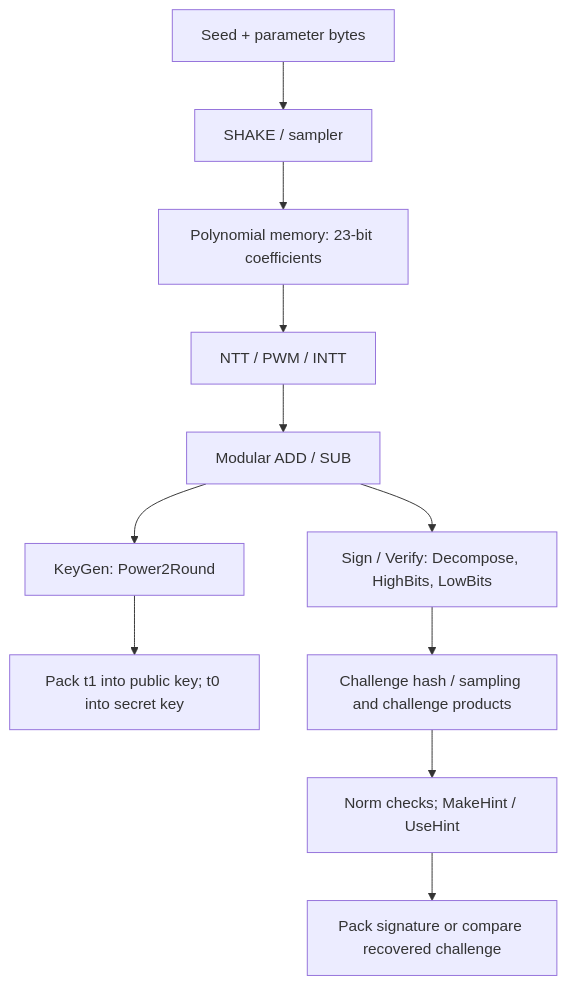
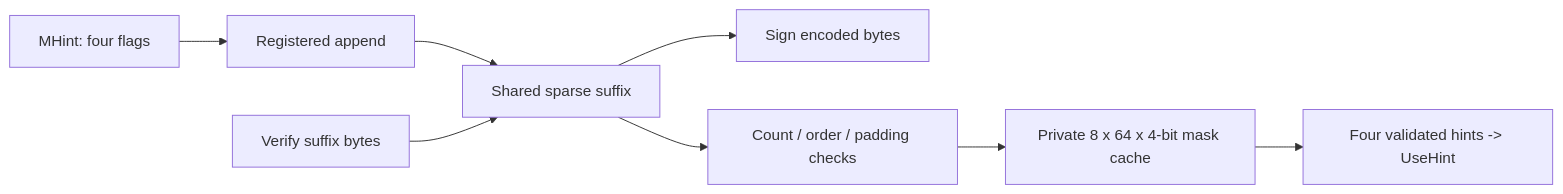
One commit to AbdulAhad36/dilithium-hp-hw changed the diagram in docs/dilithium_docs/PROCESS_BLOCKS.md. Above: the diagram before and after it, drawn with Mermaid. The commit also changed other lines of this file and 312 other files, not shown here.

````diff
--- a/docs/dilithium_docs/PROCESS_BLOCKS.md
+++ b/docs/dilithium_docs/PROCESS_BLOCKS.md
@@ -681,13 +67,10 @@
 ```mermaid
-flowchart TD
-  S["Seed + parameter bytes"] --> H["SHAKE / sampler"]
-  H --> M["Polynomial memory: 23-bit coefficients"]
-  M --> N["NTT / PWM / INTT"]
-  N --> A["Modular ADD / SUB"]
-  A --> P["KeyGen: Power2Round"]
-  P --> K["Pack t1 into public key; t0 into secret key"]
-  A --> D["Sign / Verify: Decompose, HighBits, LowBits"]
-  D --> C["Challenge hash / sampling and challenge products"]
-  C --> B["Norm checks; MakeHint / UseHint"]
-  B --> O["Pack signature or compare recovered challenge"]
+flowchart LR
+  M["MHint: four flags"] --> A["Registered append"]
+  A --> B["Shared sparse suffix"]
+  B --> S["Sign encoded bytes"]
+  V["Verify suffix bytes"] --> B
+  B --> C["Count / order / padding checks"]
+  C --> K["Private 8 x 64 x 4-bit mask cache"]
+  K --> U["Four validated hints -> UseHint"]
 ```
````
